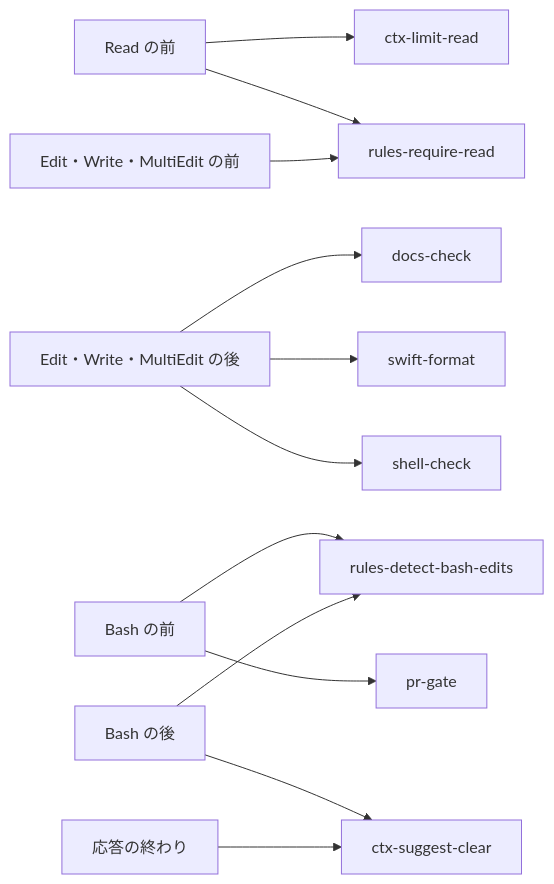
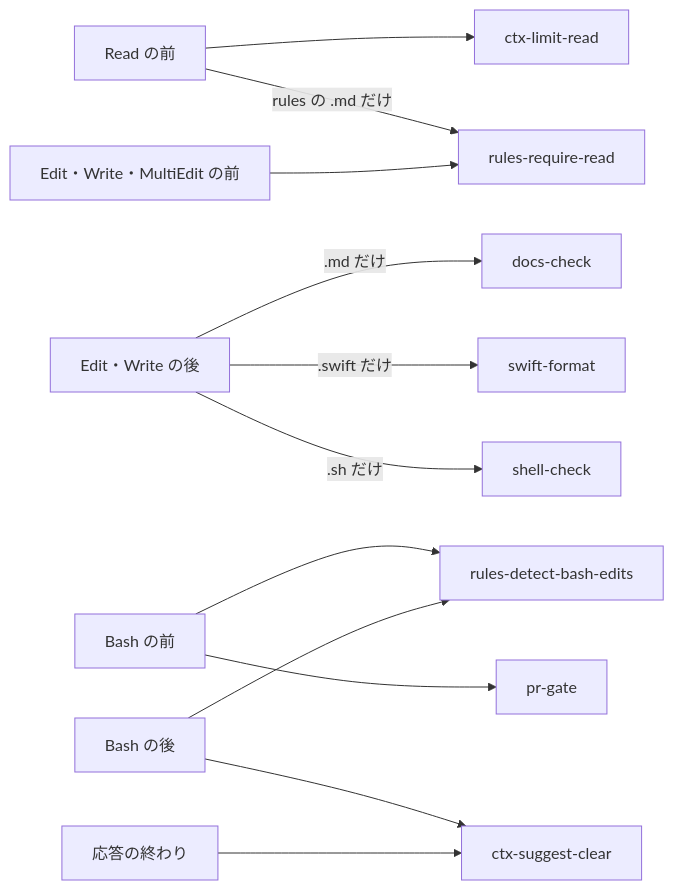
One commit to yossibank/claude-config changed the second of 3 diagrams in README.md. Above: the diagram before and after it, drawn with Mermaid. The commit also changed other lines of this file and 5 other files, not shown here.

````diff
--- a/README.md
+++ b/README.md
@@ -103,14 +103,14 @@
 ```mermaid
 flowchart LR
     readBefore["Read の前"] --> limit["ctx-limit-read"]
-    readBefore --> require["rules-require-read"]
+    readBefore -->|rules の .md だけ| require["rules-require-read"]
     editBefore["Edit・Write・MultiEdit の前"] --> require
-    editAfter["Edit・Write・MultiEdit の後"] --> docs["docs-check"]
-    editAfter --> swift["swift-format"]
-    editAfter --> shell["shell-check"]
+    editAfter["Edit・Write の後"] -->|.md だけ| docs["docs-check"]
+    editAfter -->|.swift だけ| swift["swift-format"]
+    editAfter -->|.sh だけ| shell["shell-check"]
     bashBefore["Bash の前"] --> detect["rules-detect-bash-edits"]
     bashBefore --> gate["pr-gate"]
     bashAfter["Bash の後"] --> detect
     bashAfter --> clear["ctx-suggest-clear"]
     stop["応答の終わり"] --> clear
 ```
````
